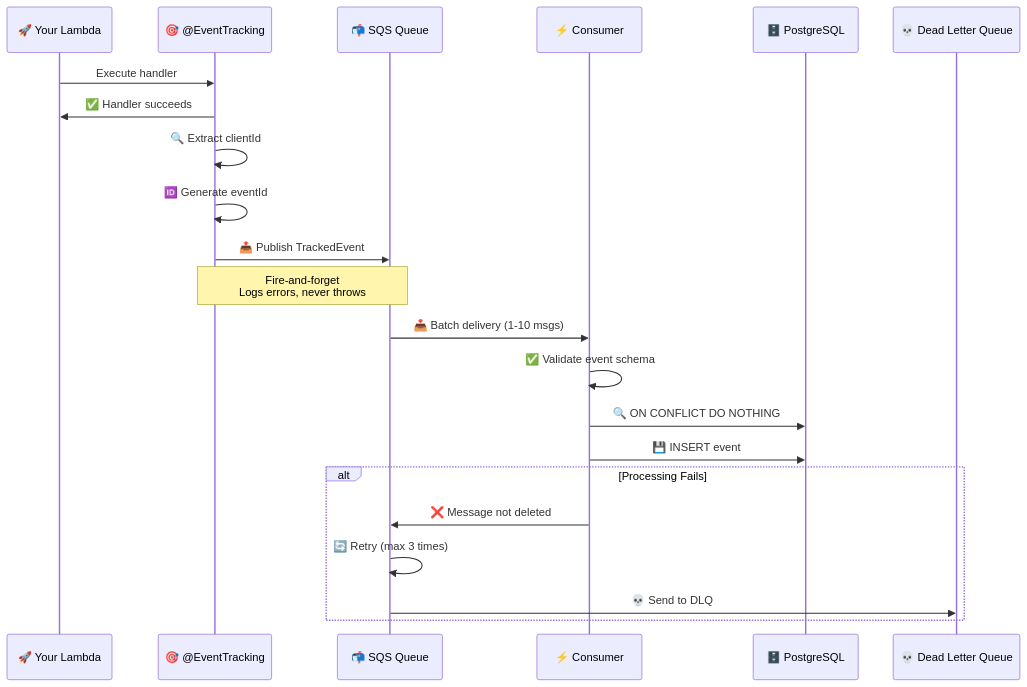
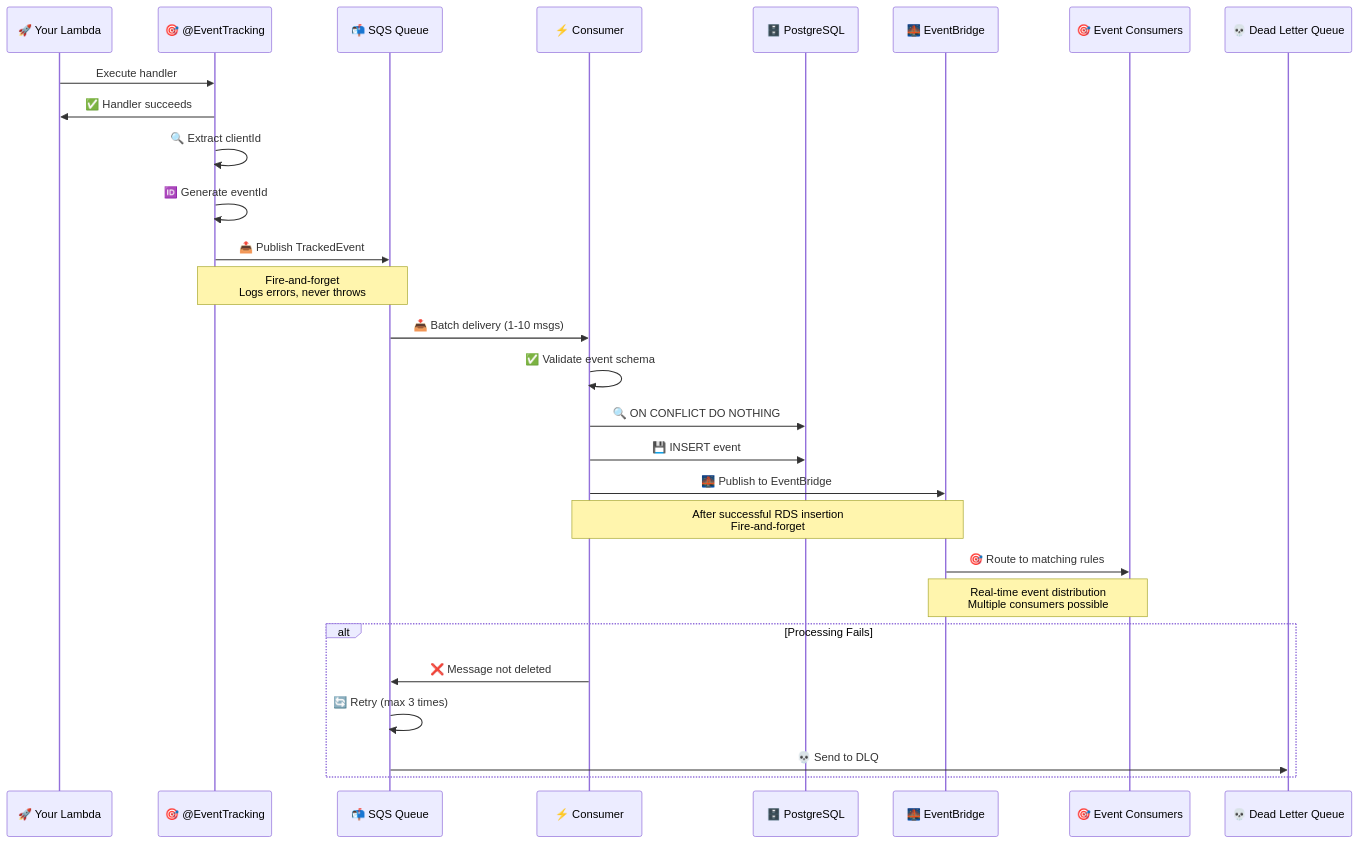
One commit to ToldYaOnce/kx-event-tracking changed the third of 4 diagrams in README.md. Above: the diagram before and after it, drawn with Mermaid. The commit also changed other lines of this file and 29 other files, not shown here.

````diff
--- a/README.md
+++ b/README.md
@@ -78,27 +98,34 @@
 ```mermaid
 sequenceDiagram
     participant App as 🚀 Your Lambda
     participant Dec as 🎯 @EventTracking
     participant SQS as 📬 SQS Queue
     participant Con as ⚡ Consumer
     participant DB as 🗄️ PostgreSQL
+    participant EB as 🌉 EventBridge
+    participant Consumers as 🎯 Event Consumers
     participant DLQ as 💀 Dead Letter Queue
 
     App->>Dec: Execute handler
     Dec->>App: ✅ Handler succeeds
     Dec->>Dec: 🔍 Extract clientId
     Dec->>Dec: 🆔 Generate eventId
     Dec->>SQS: 📤 Publish TrackedEvent
     Note over Dec,SQS: Fire-and-forget<br/>Logs errors, never throws
     
     SQS->>Con: 📥 Batch delivery (1-10 msgs)
     Con->>Con: ✅ Validate event schema
     Con->>DB: 🔍 ON CONFLICT DO NOTHING
     Con->>DB: 💾 INSERT event
+    Con->>EB: 🌉 Publish to EventBridge
+    Note over Con,EB: After successful RDS insertion<br/>Fire-and-forget
+    
+    EB->>Consumers: 🎯 Route to matching rules
+    Note over EB,Consumers: Real-time event distribution<br/>Multiple consumers possible
     
     alt Processing Fails
         Con->>SQS: ❌ Message not deleted
         SQS->>SQS: 🔄 Retry (max 3 times)
         SQS->>DLQ: 💀 Send to DLQ
     end
 ```
````
